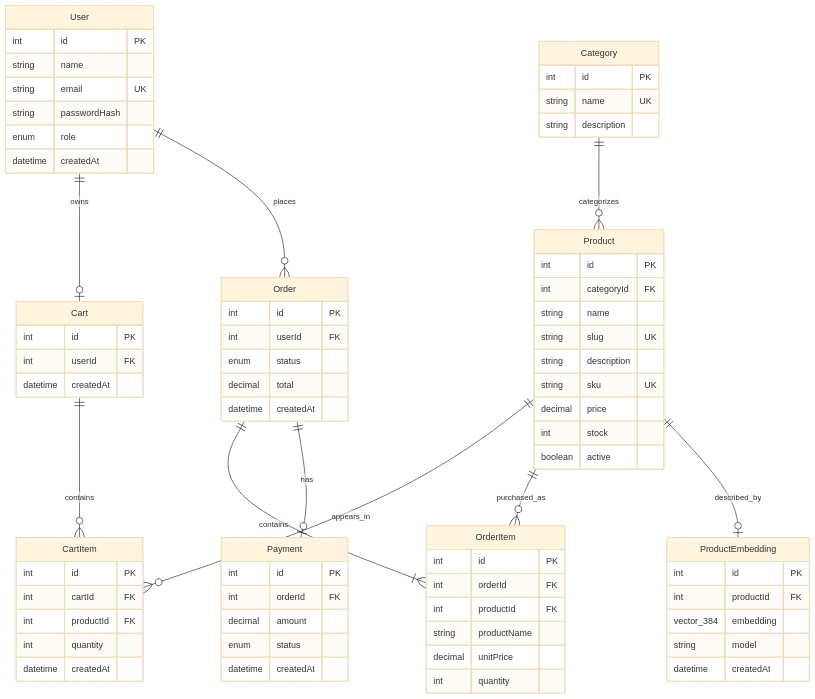
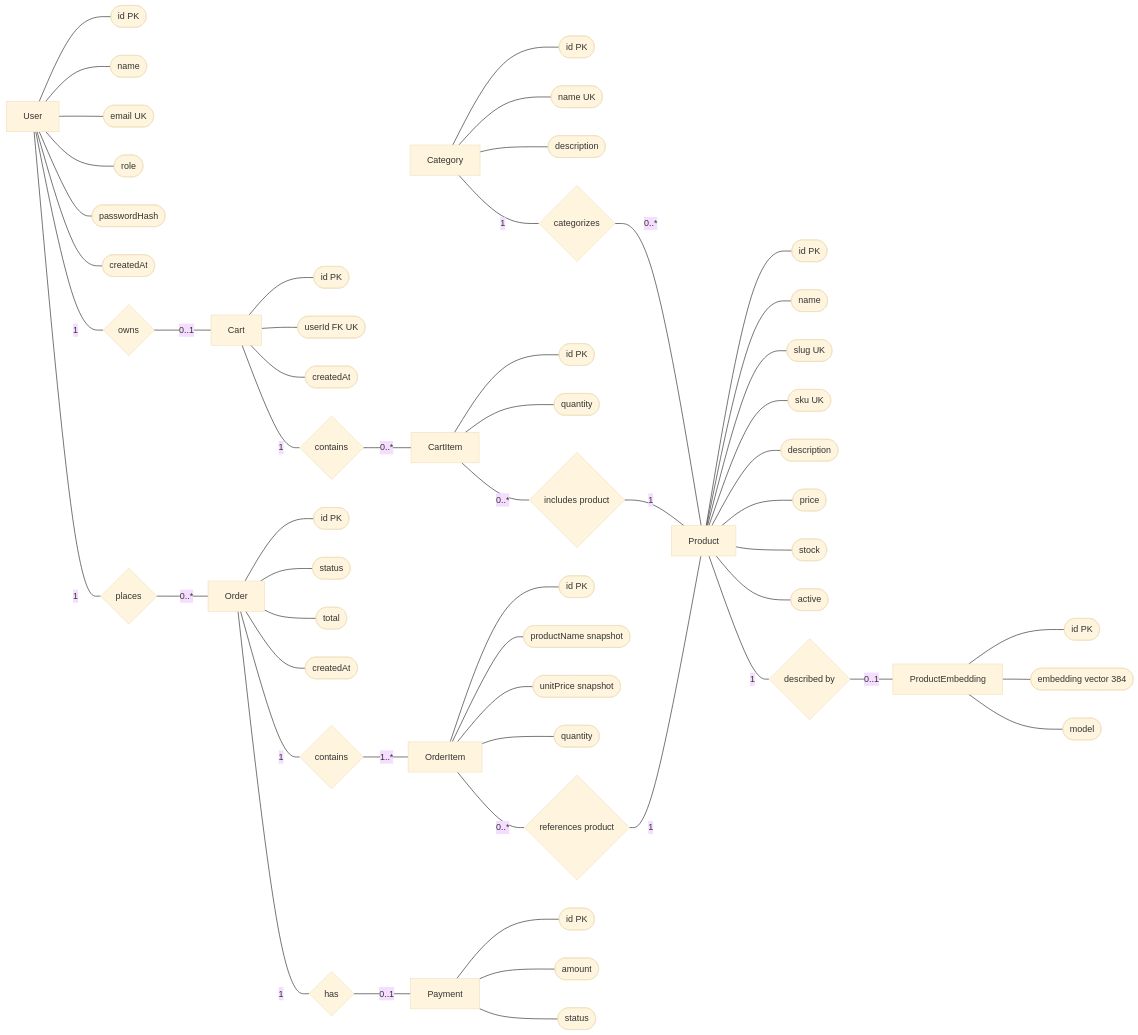
Before and after one commit to proindra/DBMS_mini_project: the diagram in docs/er-model.md, drawn with Mermaid (base theme). The commit also changed other lines of this file, not shown here.

Commit message:
Use Chen notation for ER model presentation

````diff
--- a/docs/er-model.md
+++ b/docs/er-model.md
@@ -7,86 +8,121 @@
 ```mermaid
-erDiagram
-    User {
-        int id PK
-        string name
-        string email UK
-        string passwordHash
-        enum role
-        datetime createdAt
-    }
+flowchart LR
+    User[User]
+    U_id([id PK])
+    U_name([name])
+    U_email([email UK])
+    U_role([role])
+    U_password([passwordHash])
+    U_created([createdAt])
+    User --- U_id
+    User --- U_name
+    User --- U_email
+    User --- U_role
+    User --- U_password
+    User --- U_created
 
-    Category {
-        int id PK
-        string name UK
-        string description
-    }
+    Category[Category]
+    Cat_id([id PK])
+    Cat_name([name UK])
+    Cat_description([description])
+    Category --- Cat_id
+    Category --- Cat_name
+    Category --- Cat_description
 
-    Product {
-        int id PK
-        int categoryId FK
-        string name
-        string slug UK
-        string description
-        string sku UK
-        decimal price
-        int stock
-        boolean active
-    }
+    Product[Product]
+    P_id([id PK])
+    P_name([name])
+    P_slug([slug UK])
+    P_sku([sku UK])
+    P_description([description])
+    P_price([price])
+    P_stock([stock])
+    P_active([active])
+    Product --- P_id
+    Product --- P_name
+    Product --- P_slug
+    Product --- P_sku
+    Product --- P_description
+    Product --- P_price
+    Product --- P_stock
+    Product --- P_active
 
-    Cart {
-        int id PK
-        int userId FK
-        datetime createdAt
-    }
+    Cart[Cart]
+    Cart_id([id PK])
+    Cart_user_id([userId FK UK])
+    Cart_created([createdAt])
+    Cart --- Cart_id
+    Cart --- Cart_user_id
+    Cart --- Cart_created
 
-    CartItem {
-        int id PK
-        int cartId FK
-        int productId FK
-        int quantity
-        datetime createdAt
-    }
+    CartItem[CartItem]
+    CI_id([id PK])
+    CI_quantity([quantity])
+    CartItem --- CI_id
+    CartItem --- CI_quantity
 
-    Order {
-        int id PK
-        int userId FK
-        enum status
-        decimal total
-        datetime createdAt
-    }
+    Order[Order]
+    O_id([id PK])
+    O_status([status])
+    O_total([total])
+    O_created([createdAt])
+    Order --- O_id
+    Order --- O_status
+    Order --- O_total
+    Order --- O_created
 
-    OrderItem {
-        int id PK
-        int orderId FK
-        int productId FK
-        string productName
-        decimal unitPrice
-        int quantity
-    }
+    OrderItem[OrderItem]
+    OI_id([id PK])
+    OI_product_name([productName snapshot])
+    OI_unit_price([unitPrice snapshot])
+    OI_quantity([quantity])
+    OrderItem --- OI_id
+    OrderItem --- OI_product_name
+    OrderItem --- OI_unit_price
+    OrderItem --- OI_quantity
 
-    Payment {
-        int id PK
-        int orderId FK
-        decimal amount
-        enum status
-        datetime createdAt
-    }
+    Payment[Payment]
+    Pay_id([id PK])
+    Pay_amount([amount])
+    Pay_status([status])
+    Payment --- Pay_id
+    Payment --- Pay_amount
+    Payment --- Pay_status
 
-    ProductEmbedding {
-        int id PK
-        int productId FK
-        vector_384 embedding
-        string model
-        datetime createdAt
-    }
+    Embedding[ProductEmbedding]
+    E_id([id PK])
+    E_vector([embedding vector 384])
+    E_model([model])
+    Embedding --- E_id
+    Embedding --- E_vector
+    Embedding --- E_model
 
-    User ||--o| Cart : owns
-    Cart ||--o{ CartItem : contains
-    Product ||--o{ CartItem : appears_in
-    Category ||--o{ Product : categorizes
-    User ||--o{ Order : places
-    Order ||--|{ OrderItem : contains
-    Product ||--o{ OrderItem : purchased_as
-    Order ||--o| Payment : has
-    Product ||--o| ProductEmbedding : described_by
+    OwnsCart{owns}
+    ContainsCartItem{contains}
+    InCart{includes product}
+    Categorizes{categorizes}
+    PlacesOrder{places}
+    ContainsOrderItem{contains}
+    ReferencesProduct{references product}
+    HasPayment{has}
+    HasEmbedding{described by}
+
+    User ---|1| OwnsCart
+    OwnsCart ---|0..1| Cart
+    Cart ---|1| ContainsCartItem
+    ContainsCartItem ---|0..*| CartItem
+    CartItem ---|0..*| InCart
+    InCart ---|1| Product
+    Category ---|1| Categorizes
+    Categorizes ---|0..*| Product
+    User ---|1| PlacesOrder
+    PlacesOrder ---|0..*| Order
+    Order ---|1| ContainsOrderItem
+    ContainsOrderItem ---|1..*| OrderItem
+    OrderItem ---|0..*| ReferencesProduct
+    ReferencesProduct ---|1| Product
+    Order ---|1| HasPayment
+    HasPayment ---|0..1| Payment
+    Product ---|1| HasEmbedding
+    HasEmbedding ---|0..1| Embedding
 ```
````
